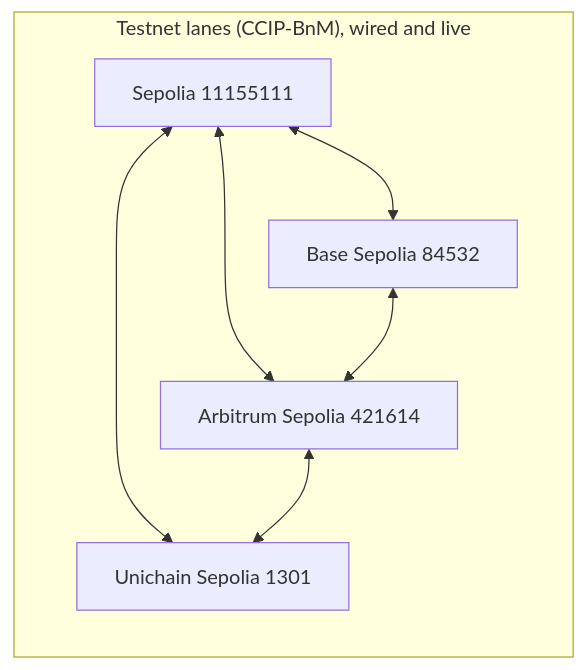
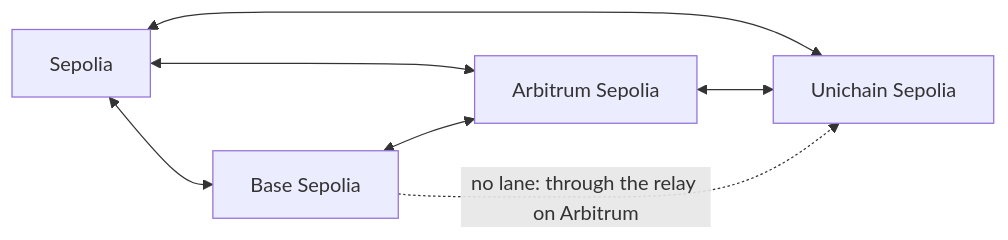
Before and after one commit to neevmodh/nidhi: the ninth of 10 diagrams in docs/architecture/03-chainlink-ccip.md, drawn with Mermaid. The commit also changed other lines of this file and 5 other files, not shown here.

````diff
--- a/docs/architecture/03-chainlink-ccip.md
+++ b/docs/architecture/03-chainlink-ccip.md
@@ -161,14 +217,9 @@
 ```mermaid
 flowchart LR
-  subgraph TN["Testnet lanes (CCIP-BnM), wired and live"]
-    SEP["Sepolia 11155111"]
-    BAS["Base Sepolia 84532"]
-    ARB["Arbitrum Sepolia 421614"]
-    UNI["Unichain Sepolia 1301"]
-    SEP <--> BAS
-    SEP <--> ARB
-    SEP <--> UNI
-    BAS <--> ARB
-    ARB <--> UNI
-  end
+  SEP["Sepolia"] <--> BAS["Base Sepolia"]
+  SEP <--> ARB["Arbitrum Sepolia"]
+  SEP <--> UNI["Unichain Sepolia"]
+  BAS <--> ARB
+  ARB <--> UNI
+  BAS -.->|"no lane: through the relay on Arbitrum"| UNI
 ```
````
